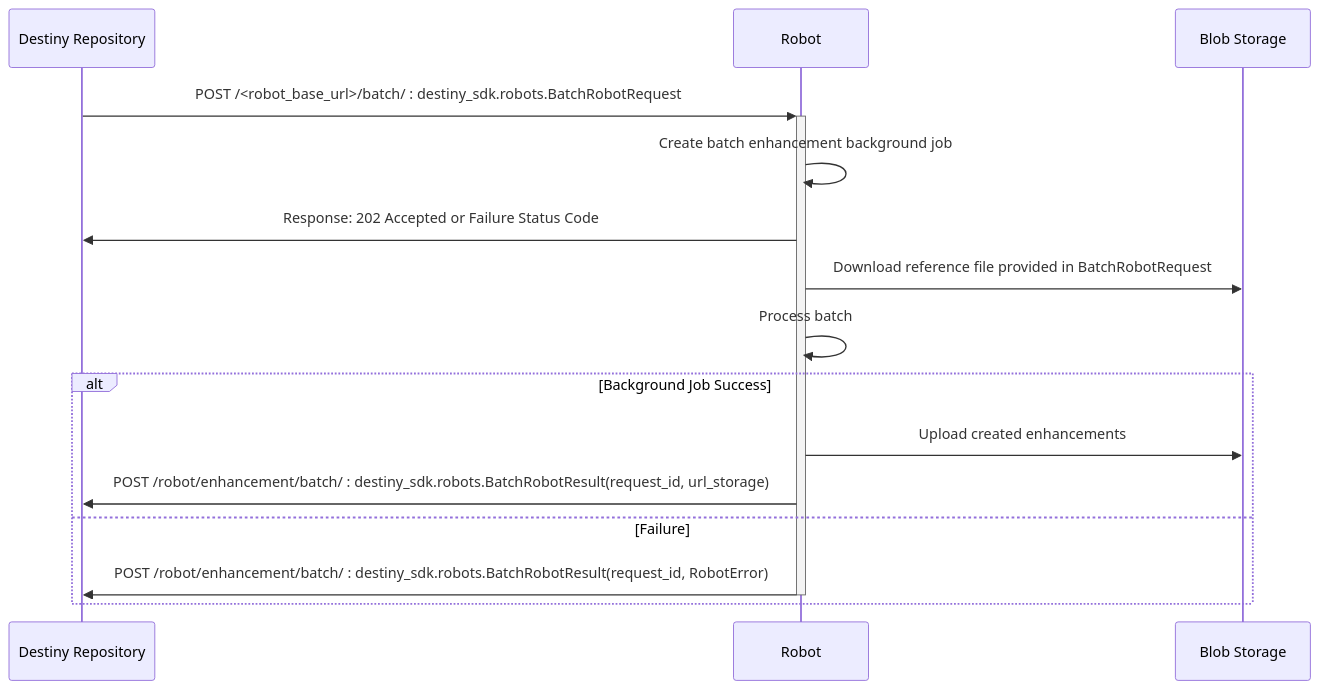
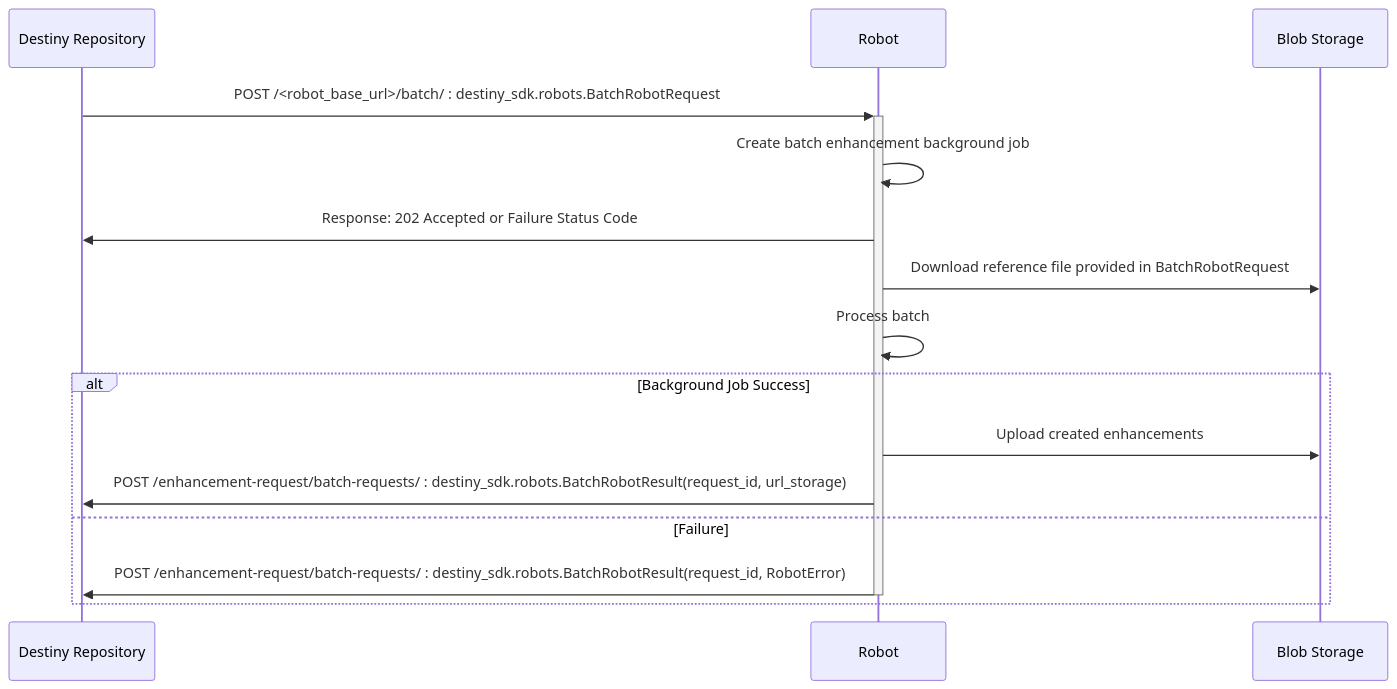
Before and after one commit to destiny-evidence/fetch-abstracts-robot: the second of 2 diagrams in README.md, drawn with Mermaid. The commit also changed other lines of this file and 2 other files, not shown here.

Commit message:
upgrade destiny sdk to v0.2

````diff
--- a/README.md
+++ b/README.md
@@ -71,17 +71,17 @@
 ```mermaid
     sequenceDiagram
         participant Destiny Repository
         participant Robot
         participant Blob Storage
         Destiny Repository->>+Robot: POST /<robot_base_url>/batch/ : destiny_sdk.robots.BatchRobotRequest
         Robot->>Robot: Create batch enhancement background job
         Robot->>Destiny Repository: Response: 202 Accepted or Failure Status Code
         Robot->>Blob Storage: Download reference file provided in BatchRobotRequest
         Robot->>Robot: Process batch
         alt Background Job Success
             Robot->>Blob Storage: Upload created enhancements
-            Robot->>Destiny Repository: POST /robot/enhancement/batch/ : destiny_sdk.robots.BatchRobotResult(request_id, url_storage)
+            Robot->>Destiny Repository: POST /enhancement-request/batch-requests/ : destiny_sdk.robots.BatchRobotResult(request_id, url_storage)
         else Failure
-            Robot->>-Destiny Repository: POST /robot/enhancement/batch/ : destiny_sdk.robots.BatchRobotResult(request_id, RobotError)
+            Robot->>-Destiny Repository: POST /enhancement-request/batch-requests/ : destiny_sdk.robots.BatchRobotResult(request_id, RobotError)
         end
 ```
````
